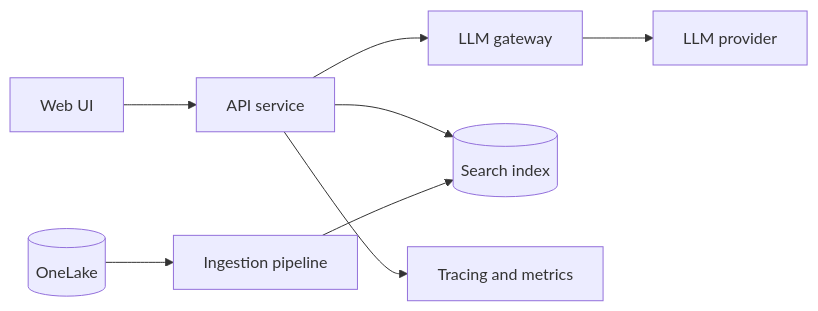
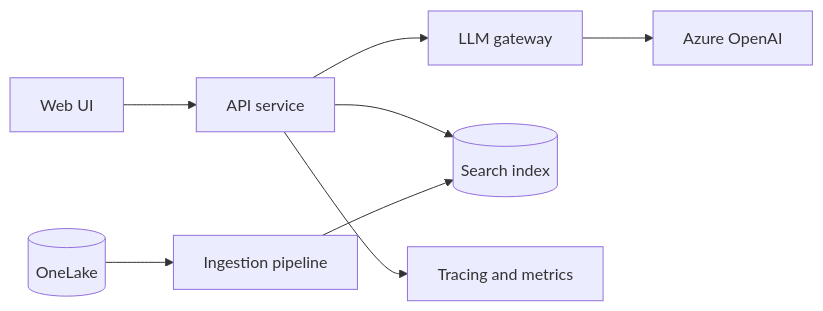
Before and after one commit to nandhinikm/ai-architect-portfolio: the second of 2 diagrams in docs/c4/example-context.md, drawn with Mermaid.

Commit message:
docs: use Azure OpenAI as the LLM provider in C4 diagrams

````diff
--- a/docs/c4/example-context.md
+++ b/docs/c4/example-context.md
@@ -14,10 +14,10 @@
 ```mermaid
 flowchart LR
     ui[Web UI] --> api[API service]
     api --> gw[LLM gateway]
     api --> search[(Search index)]
-    gw --> llm[LLM provider]
+    gw --> llm[Azure OpenAI]
     ingest[Ingestion pipeline] --> search
     lake[(OneLake)] --> ingest
     api --> obs[Tracing and metrics]
 ```
````
